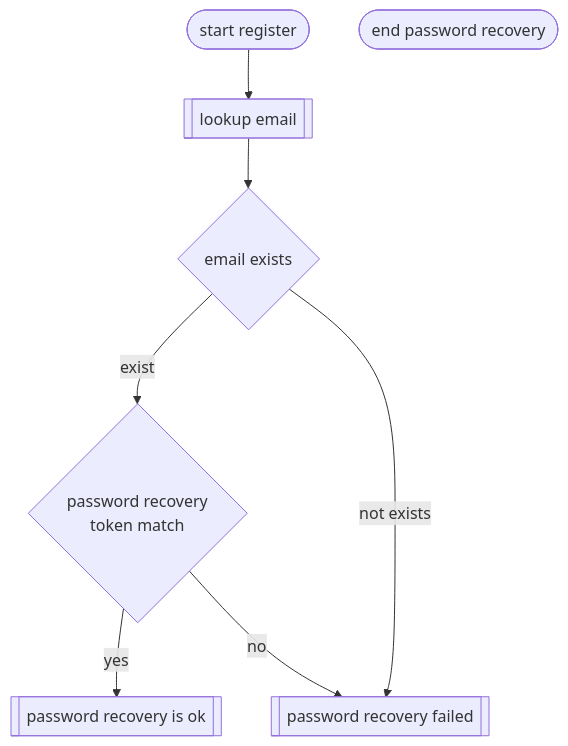
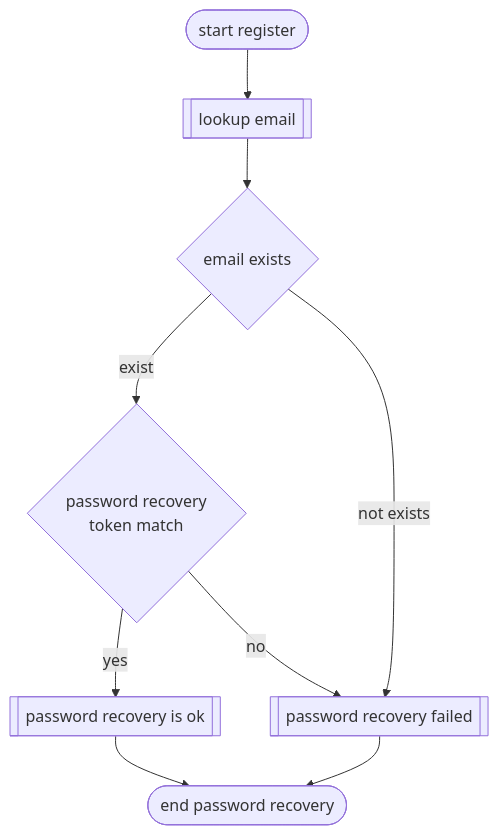
Before and after one commit to compadsoftware/CompadOne-Docs: the third of 4 diagrams in en/development/authentication/password-recovery.md, drawn with Mermaid. The commit also changed other lines of this file, not shown here.

````diff
--- a/en/development/authentication/password-recovery.md
+++ b/en/development/authentication/password-recovery.md
@@ -45,18 +48,20 @@
 ```mermaid
 flowchart TD
     start([start register])
     lookupemail[[lookup email]]
     start --> lookupemail
     checkemailexist{email exists}
     lookupemail --> checkemailexist
     checkemailexist --> |exist|checkPasswordRecoveryTokenCheck
     checkemailexist --> |not exists|passwordRecoveryFailed
     checkPasswordRecoveryTokenCheck{"`password recovery
       token match`"}
     checkPasswordRecoveryTokenCheck --> |yes|passwordRecovery
     checkPasswordRecoveryTokenCheck --> |no|passwordRecoveryFailed
     passwordRecovery[[password recovery is ok]]
     passwordRecoveryFailed[[password recovery failed]]
+    passwordRecovery --> endrecovery
+    passwordRecoveryFailed --> endrecovery
     endrecovery([end password recovery])
 
 ```
````
